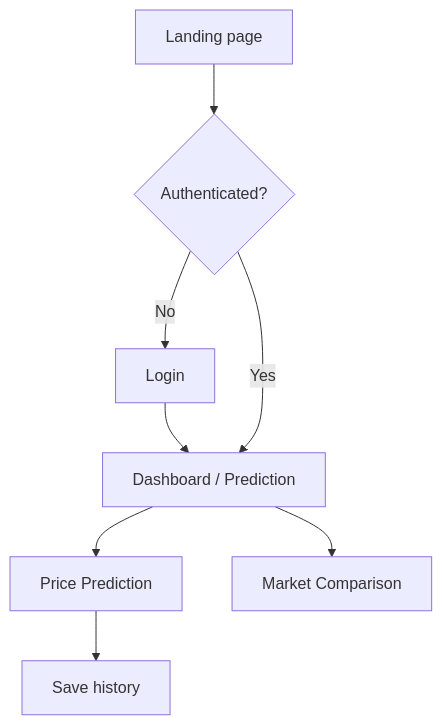
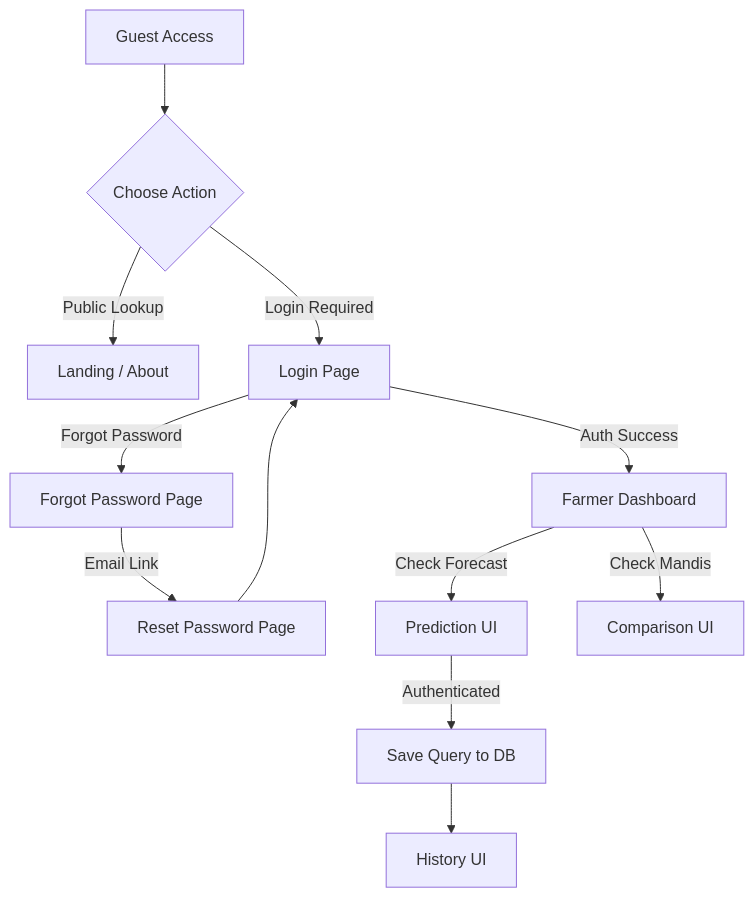
One commit to nikhileswark12/AgroPulse changed the second of 4 diagrams in PROJECT_DOCUMENTATION.md. Above: the diagram before and after it, drawn with Mermaid. The commit also changed other lines of this file, not shown here.

````diff
--- a/PROJECT_DOCUMENTATION.md
+++ b/PROJECT_DOCUMENTATION.md
@@ -297,10 +301,14 @@
-```mermaid
-flowchart TD
-    A[Landing page] --> B{Authenticated?}
-    B -- No --> C[Login]
-    C --> D[Dashboard / Prediction]
-    B -- Yes --> D
-    D --> E[Price Prediction]
-    D --> F[Market Comparison]
-    E --> G[Save history]
-```
+  ```mermaid
+  flowchart TD
+      A[Guest Access] --> B{Choose Action}
+      B -->|Public Lookup| C[Landing / About]
+      B -->|Login Required| D[Login Page]
+      D -->|Forgot Password| E[Forgot Password Page]
+      E -->|Email Link| F[Reset Password Page]
+      F --> D
+      D -->|Auth Success| G[Farmer Dashboard]
+      G -->|Check Forecast| H[Prediction UI]
+      G -->|Check Mandis| I[Comparison UI]
+      H -->|Authenticated| J[Save Query to DB]
+      J --> K[History UI]
+  ```
````
